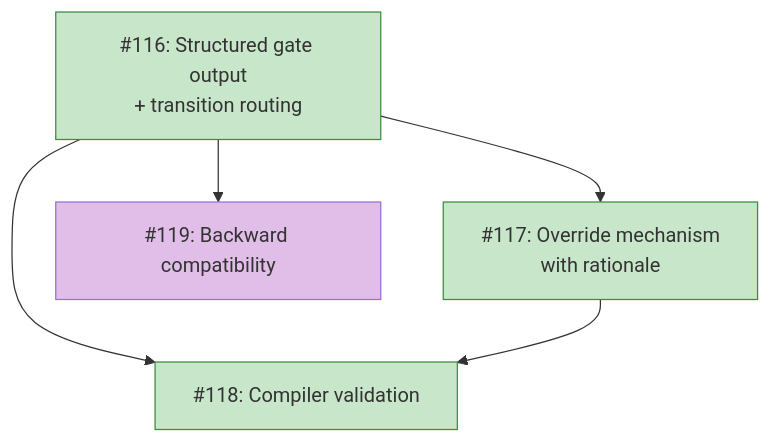
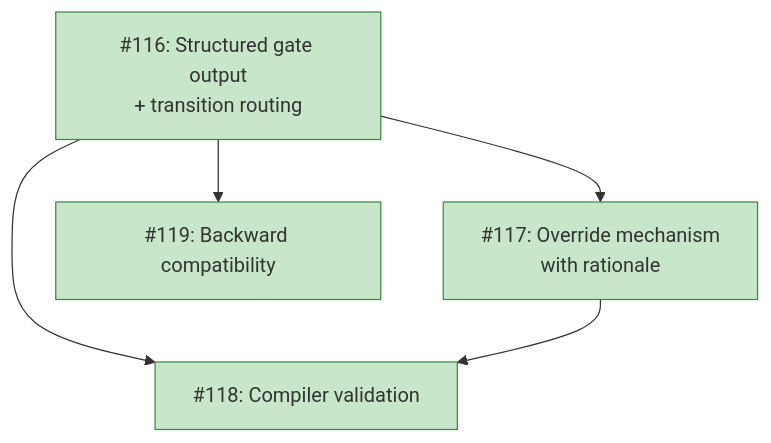
Before and after one commit to tsukumogami/koto: the diagram in docs/roadmaps/ROADMAP-gate-transition-contract.md, drawn with Mermaid. The commit also changed other lines of this file and 10 other files, not shown here.

````diff
--- a/docs/roadmaps/ROADMAP-gate-transition-contract.md
+++ b/docs/roadmaps/ROADMAP-gate-transition-contract.md
@@ -176,17 +174,15 @@
 ```mermaid
 graph TD
     I116["#116: Structured gate output<br/>+ transition routing"]
     I117["#117: Override mechanism<br/>with rationale"]
     I118["#118: Compiler validation"]
     I119["#119: Backward compatibility"]
 
     I116 --> I117
     I116 --> I118
     I117 --> I118
     I116 --> I119
 
-    classDef needsDesign fill:#e1bee7
     classDef done fill:#c8e6c9,stroke:#388e3c
-    class I119 needsDesign
-    class I116,I117,I118 done
+    class I116,I117,I118,I119 done
 ```
````
